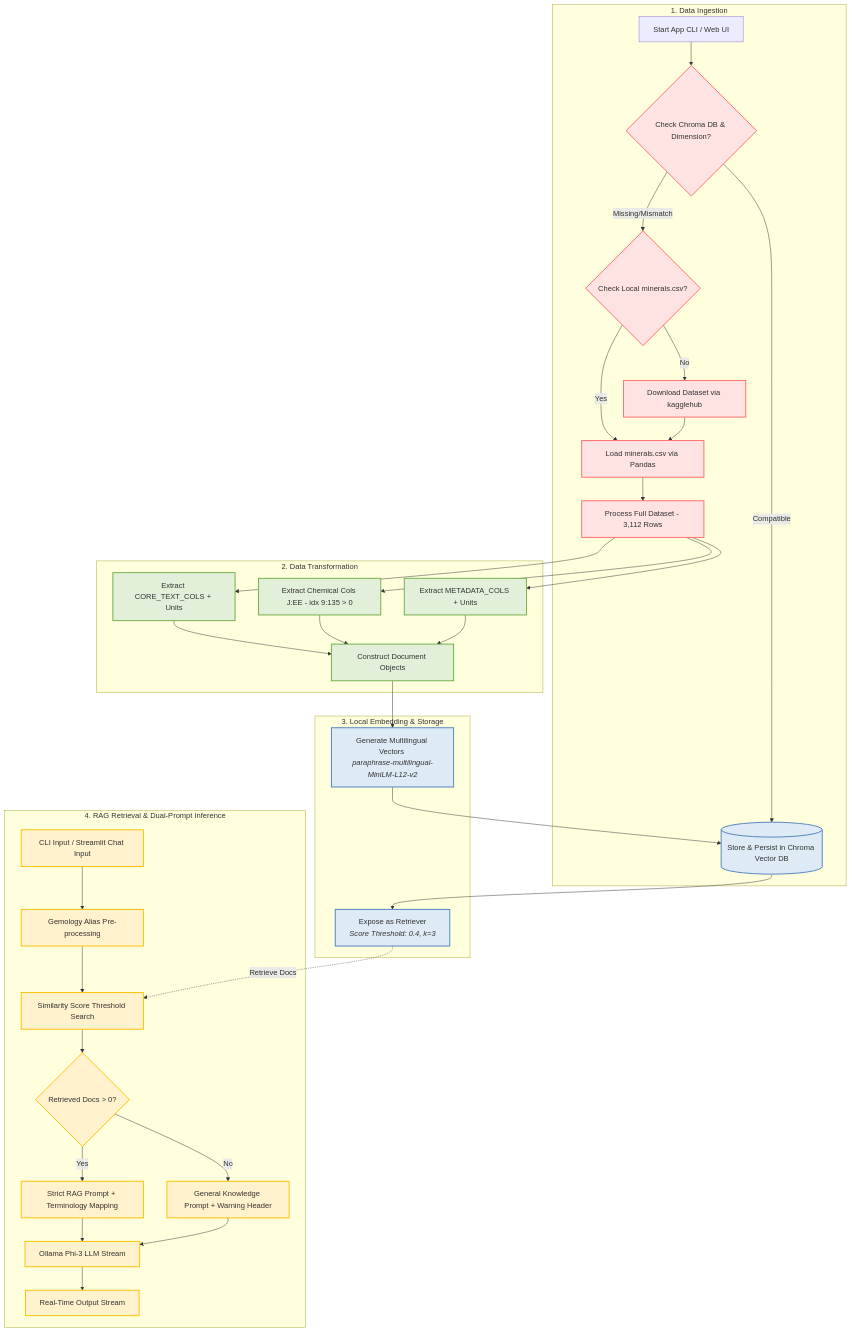
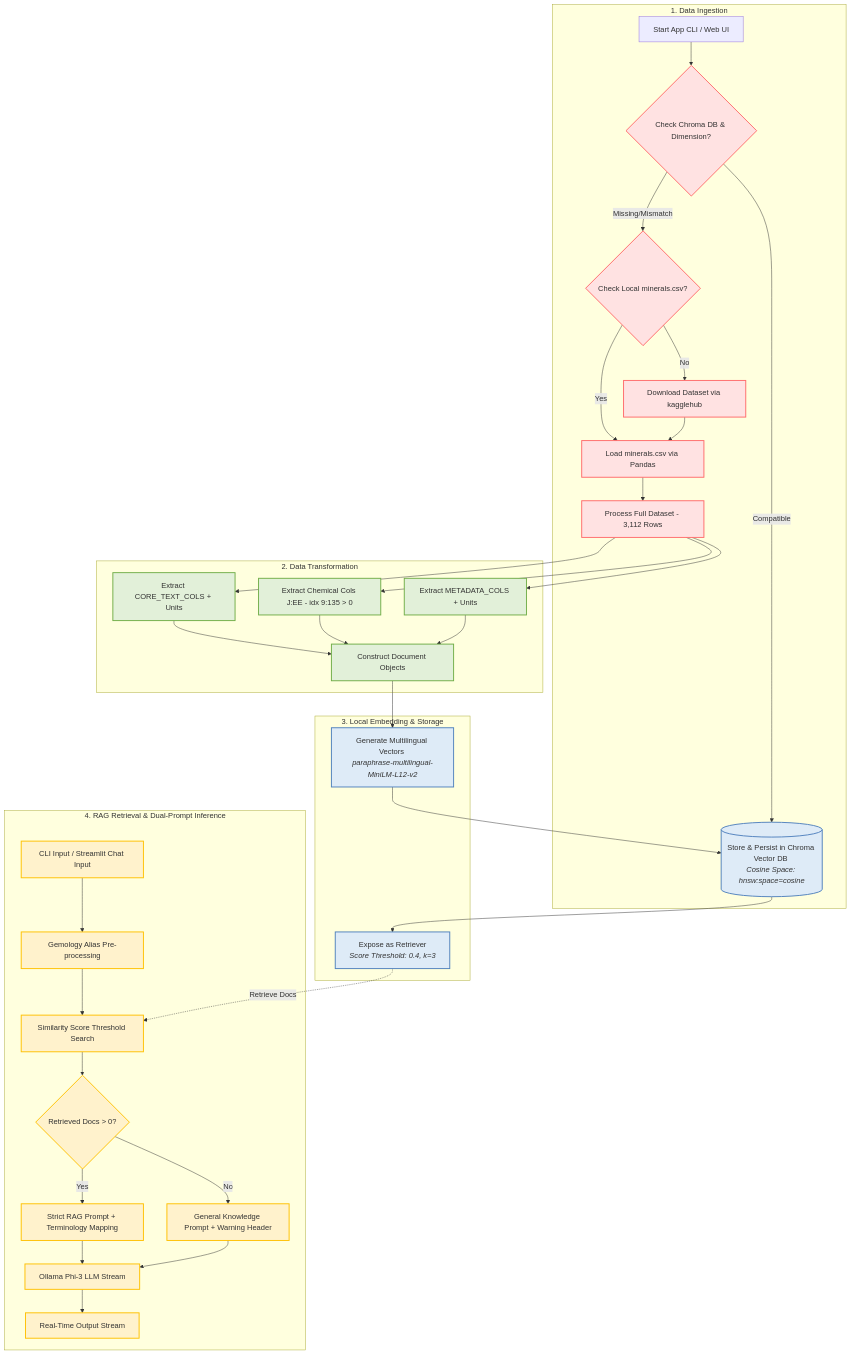
Before and after one commit to laura-chou/mineral-rag: the diagram in README.md, drawn with Mermaid. The commit also changed other lines of this file and 2 other files, not shown here.

Commit message:
Configure Chroma collection metadata to cosine similarity metric in app.py and app_ui.py

````diff
--- a/README.md
+++ b/README.md
@@ -50,53 +51,53 @@
 ```mermaid
 graph TD
     %% System Styles
     classDef Ingestion fill:#FFE2E2,stroke:#FF6B6B,stroke-width:2px;
     classDef Transformation fill:#E2F0D9,stroke:#70AD47,stroke-width:2px;
     classDef Storage fill:#DEEBF7,stroke:#4F81BD,stroke-width:2px;
     classDef Inference fill:#FFF2CC,stroke:#FFC000,stroke-width:2px;
 
     %% Stage 1: Data Ingestion
     subgraph S1 [1. Data Ingestion]
         A[Start App CLI / Web UI] --> B{Check Chroma DB & Dimension?}
         B -- Compatible --> L
         B -- Missing/Mismatch --> C{Check Local minerals.csv?}
         C -- Yes --> D[Load minerals.csv via Pandas]
         C -- No --> E[Download Dataset via kagglehub]
         E --> D
         D --> F[Process Full Dataset - 3,112 Rows]
     end
     class B,C,D,E,F Ingestion;
 
     %% Stage 2: Data Transformation
     subgraph S2 [2. Data Transformation]
         F --> G[Extract CORE_TEXT_COLS + Units]
         F --> H[Extract Chemical Cols J:EE - idx 9:135 > 0]
         F --> I[Extract METADATA_COLS + Units]
         G --> J[Construct Document Objects]
         H --> J
         I --> J
     end
     class G,H,I,J Transformation;
 
     %% Stage 3: Local Embedding & Storage
     subgraph S3 [3. Local Embedding & Storage]
         J --> K[Generate Multilingual Vectors <br><i>paraphrase-multilingual-MiniLM-L12-v2</i>]
-        K --> L[(Store & Persist in Chroma Vector DB)]
+        K --> L[(Store & Persist in Chroma Vector DB <br><i>Cosine Space: hnsw:space=cosine</i>)]
         L --> M[Expose as Retriever <br><i>Score Threshold: 0.4, k=3</i>]
     end
     class K,L,M Storage;
 
     %% Stage 4: Conditional Dual-Prompt Inference
     subgraph S4 [4. RAG Retrieval & Dual-Prompt Inference]
         N[CLI Input / Streamlit Chat Input] --> O[Gemology Alias Pre-processing]
         O --> P[Similarity Score Threshold Search]
         M -.->|Retrieve Docs| P
         P --> Q{Retrieved Docs > 0?}
         Q -- Yes --> R[Strict RAG Prompt + Terminology Mapping]
         Q -- No --> S[General Knowledge Prompt + Warning Header]
         R --> T[Ollama Phi-3 LLM Stream]
         S --> T
         T --> U[Real-Time Output Stream]
     end
     class N,O,P,Q,R,S,T,U Inference;
 ```
````
